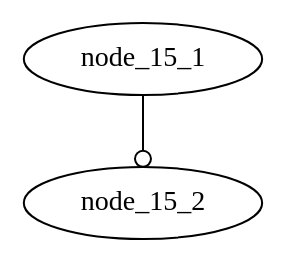
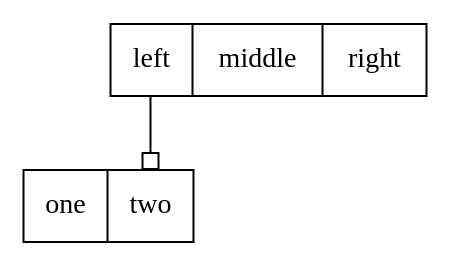
One commit to graphviz-perl/GraphViz2-Marpa changed the diagram in data/15.gv. Above: the diagram before and after it, drawn with Graphviz. The commit also changed 31 other files, not shown here.

```diff
--- a/data/15.gv
+++ b/data/15.gv
@@ -1,4 +1,9 @@
 digraph graph_15
 {
-	node_15_1:port_15_1 -> node_15_2:port_15_2 [arrowhead = odot]
+	node [shape = record]
+
+	node_15_1 [label="<f0> left|<f1> middle|<f2> right"];
+	node_15_2 [label="<f0> one|<f1> two"];
+
+	node_15_1:f0 -> node_15_2:f1 [arrowhead = obox]
 }
```
